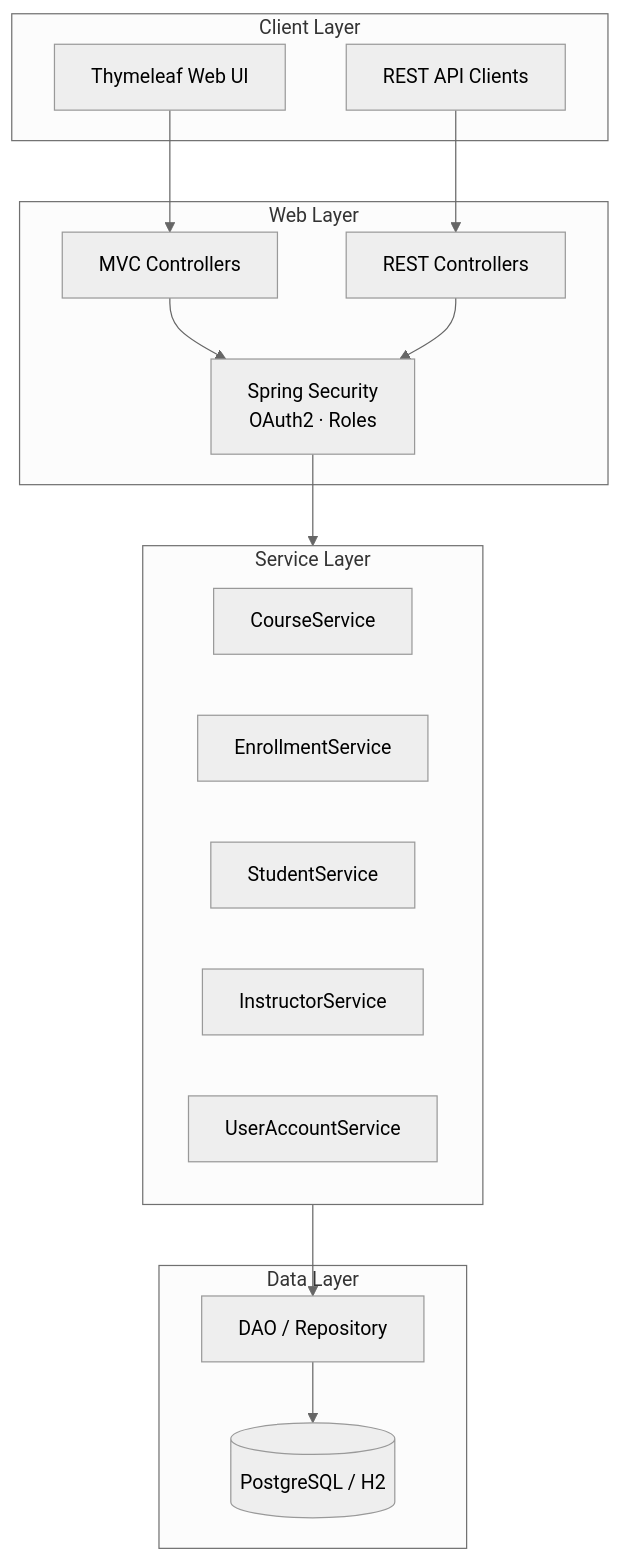
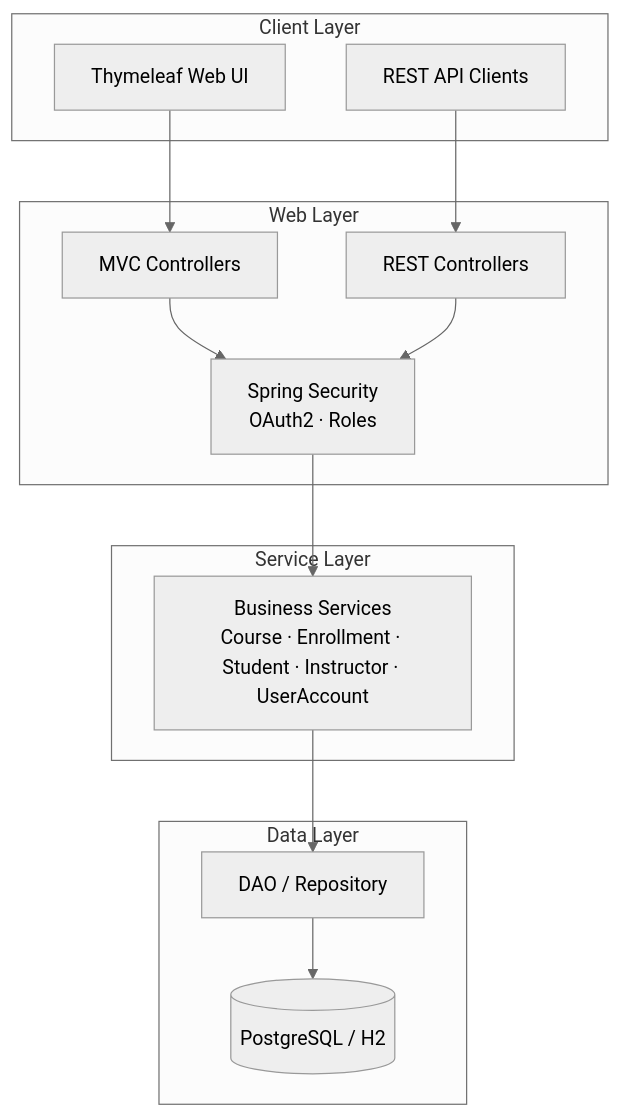
The diagram in README.md (karsayli/course-enrollment-system), drawn with Mermaid (neutral theme) before and after one commit. The commit also changed other lines of this file, not shown here.

Commit message:
Fix Mermaid architecture diagram: resolve subgraph/node naming conflict

````diff
--- a/README.md
+++ b/README.md
@@ -23,34 +23,30 @@
 ```mermaid
 flowchart TB
-    subgraph Client["Client Layer"]
+    subgraph ClientLayer["Client Layer"]
         UI[Thymeleaf Web UI]
-        API[REST API Clients]
+        APIClient[REST API Clients]
     end
 
-    subgraph Web["Web Layer"]
+    subgraph WebLayer["Web Layer"]
         MVC[MVC Controllers]
-        REST[REST Controllers]
+        RESTCtrl[REST Controllers]
         SEC[Spring Security<br/>OAuth2 · Roles]
     end
 
-    subgraph Service["Service Layer"]
-        S1[CourseService]
-        S2[EnrollmentService]
-        S3[StudentService]
-        S4[InstructorService]
-        S5[UserAccountService]
+    subgraph ServiceLayer["Service Layer"]
+        SVC[Business Services<br/>Course · Enrollment · Student · Instructor · UserAccount]
     end
 
-    subgraph Data["Data Layer"]
+    subgraph DataLayer["Data Layer"]
         DAO[DAO / Repository]
         DB[(PostgreSQL / H2)]
     end
 
     UI --> MVC
-    API --> REST
+    APIClient --> RESTCtrl
     MVC --> SEC
-    REST --> SEC
-    SEC --> Service
-    Service --> DAO
+    RESTCtrl --> SEC
+    SEC --> SVC
+    SVC --> DAO
     DAO --> DB
 ```
````
